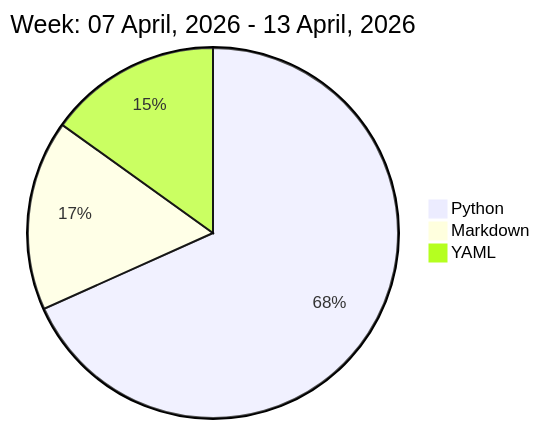
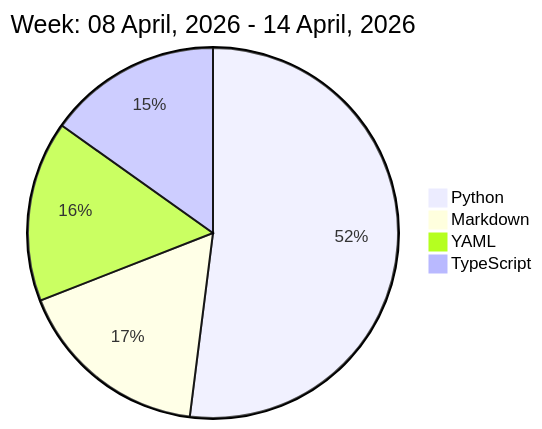
Before and after one commit to liubin95/liubin95: the diagram in README.md, drawn with Mermaid.

Commit message:
Updated the Graph with new Metrics

````diff
--- a/README.md
+++ b/README.md
@@ -32,7 +32,8 @@
 ```mermaid
  pie
-title Week: 07 April, 2026 - 13 April, 2026
- "Python" : 13.48
- "Markdown" : 3.28
- "YAML" : 2.98
+title Week: 08 April, 2026 - 14 April, 2026
+ "Python" : 10.12
+ "Markdown" : 3.32
+ "YAML" : 3.07
+ "TypeScript" : 2.95
 ```
````
